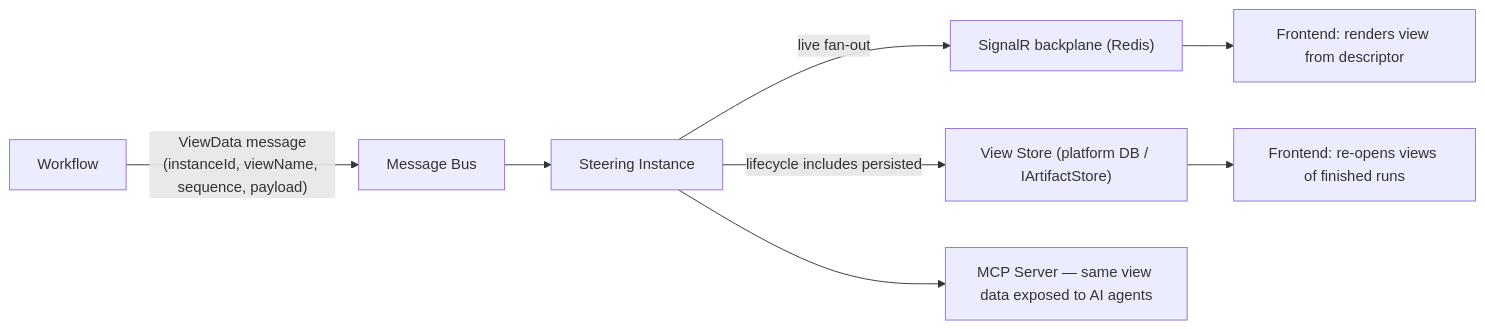
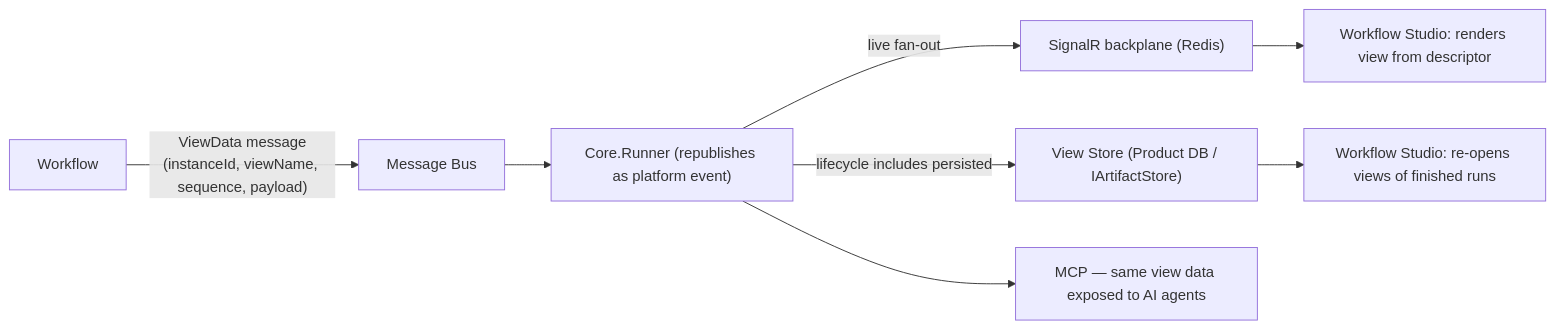
Before and after one commit to FelixKlakow/Auxilia: diagram 12 of 13 in ARCHITECTURE.md, drawn with Mermaid. The commit also changed other lines of this file and 4 other files, not shown here.

First line of the commit message:
docs: rewrite ARCHITECTURE to the three-deployable model

````diff
--- a/ARCHITECTURE.md
+++ b/ARCHITECTURE.md
@@ -828,10 +849,10 @@
 ```mermaid
 graph LR
     WF["Workflow"] -->|"ViewData message<br/>(instanceId, viewName, sequence, payload)"| BUS["Message Bus"]
-    BUS --> SI["Steering Instance"]
+    BUS --> SI["Core.Runner (republishes as platform event)"]
     SI -->|live fan-out| BACKPLANE["SignalR backplane (Redis)"]
-    BACKPLANE --> FE["Frontend: renders view from descriptor"]
-    SI -->|"lifecycle includes persisted"| STORE["View Store (platform DB / IArtifactStore)"]
-    STORE --> FE2["Frontend: re-opens views of finished runs"]
-    SI --> MCP["MCP Server — same view data exposed to AI agents"]
+    BACKPLANE --> FE["Workflow Studio: renders view from descriptor"]
+    SI -->|"lifecycle includes persisted"| STORE["View Store (Product DB / IArtifactStore)"]
+    STORE --> FE2["Workflow Studio: re-opens views of finished runs"]
+    SI --> MCP["MCP — same view data exposed to AI agents"]
 ```
````
